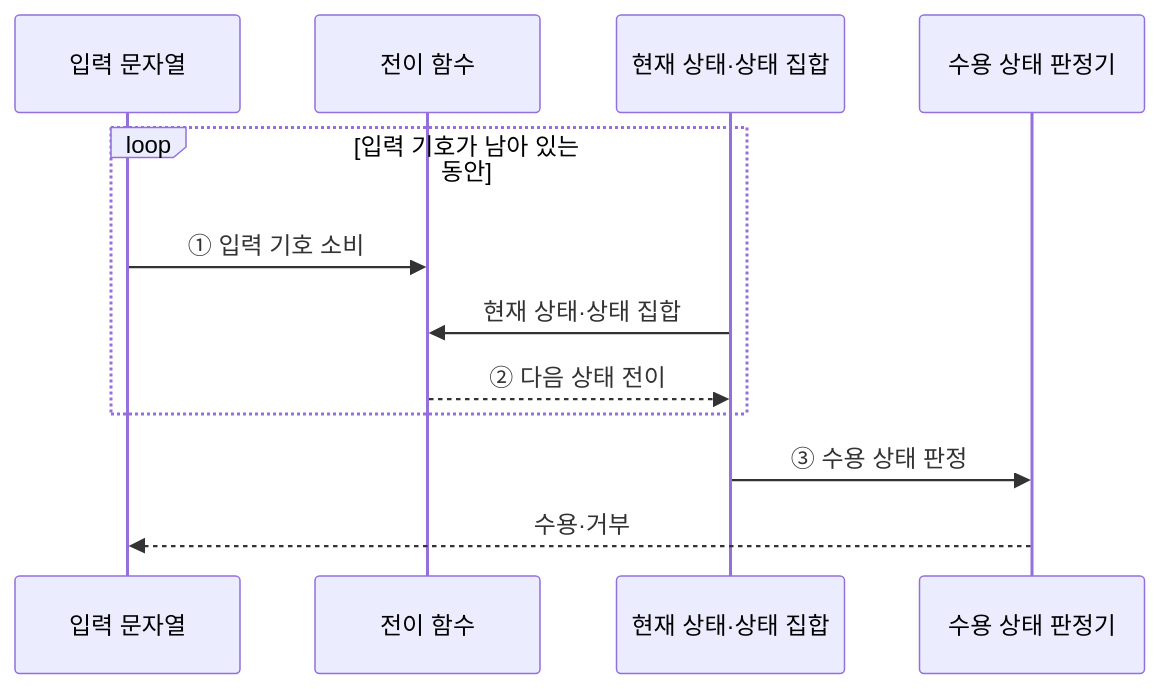
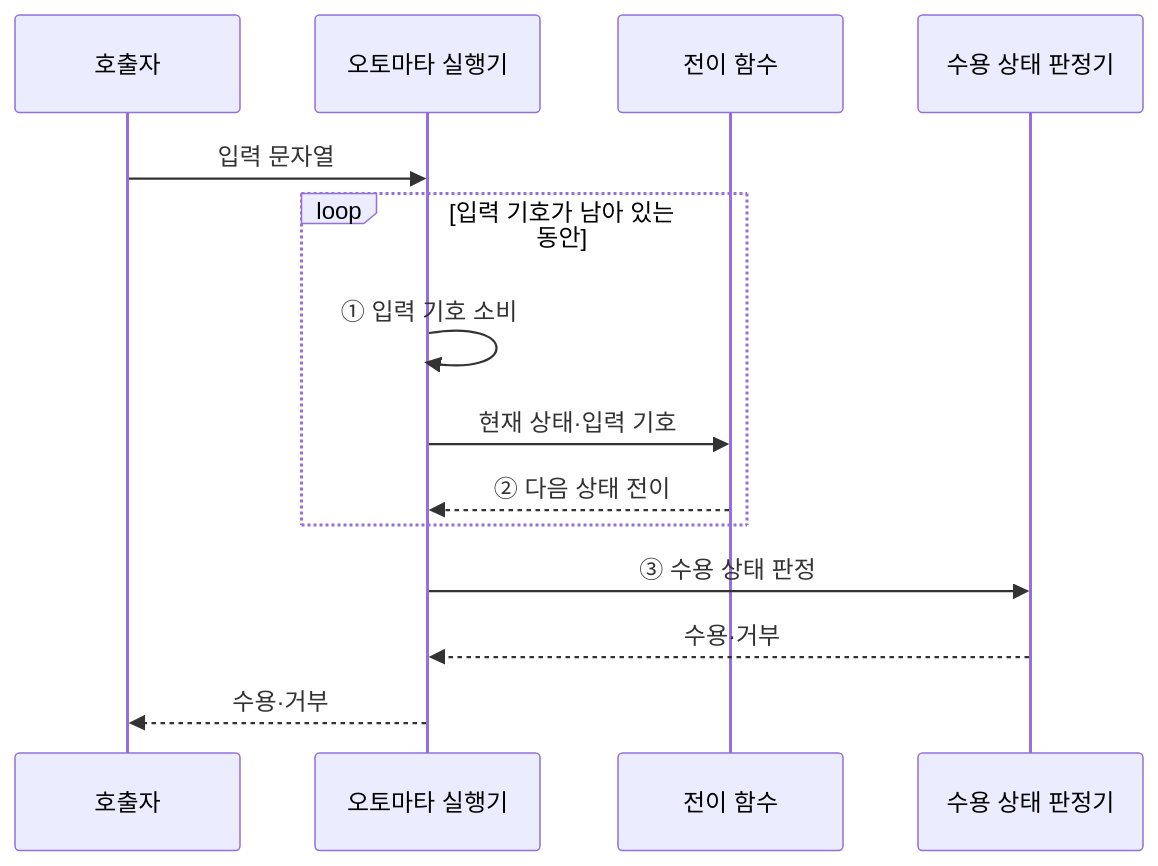
Before and after one commit to agnusdei1207/knowledge-base: the third of 3 diagrams in src/content/docs/notes/01-basic-theory/020_automata_theory.md, drawn with Mermaid. The commit also changed other lines of this file and 10 other files, not shown here.

````diff
--- a/src/content/docs/notes/01-basic-theory/020_automata_theory.md
+++ b/src/content/docs/notes/01-basic-theory/020_automata_theory.md
@@ -114,14 +98,16 @@
 ```mermaid
 sequenceDiagram
-    participant I as 입력 문자열
+    participant C as 호출자
+    participant A as 오토마타 실행기
     participant D as 전이 함수
-    participant Q as 현재 상태·상태 집합
     participant F as 수용 상태 판정기
+    C->>A: 입력 문자열
     loop 입력 기호가 남아 있는 동안
-        I->>D: ① 입력 기호 소비
-        Q->>D: 현재 상태·상태 집합
-        D-->>Q: ② 다음 상태 전이
+        A->>A: ① 입력 기호 소비
+        A->>D: 현재 상태·입력 기호
+        D-->>A: ② 다음 상태 전이
     end
-    Q->>F: ③ 수용 상태 판정
-    F-->>I: 수용·거부
+    A->>F: ③ 수용 상태 판정
+    F-->>A: 수용·거부
+    A-->>C: 수용·거부
 ```
````
